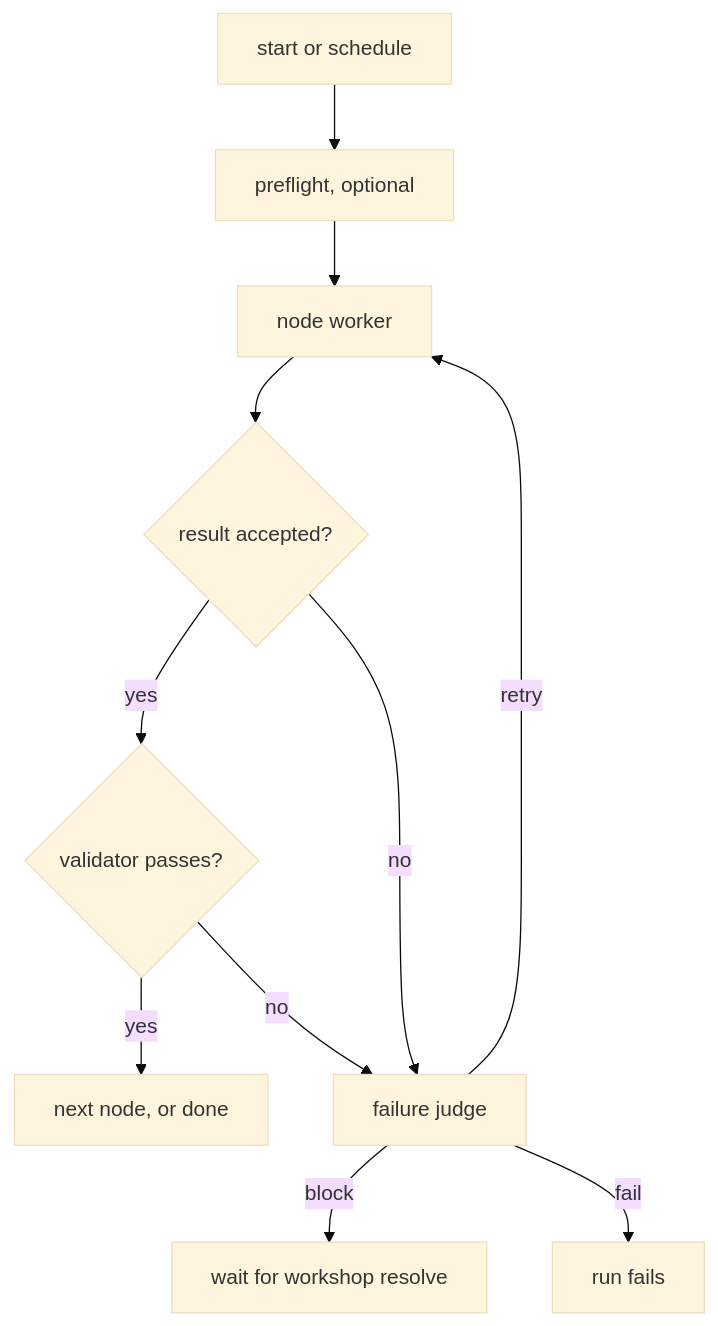
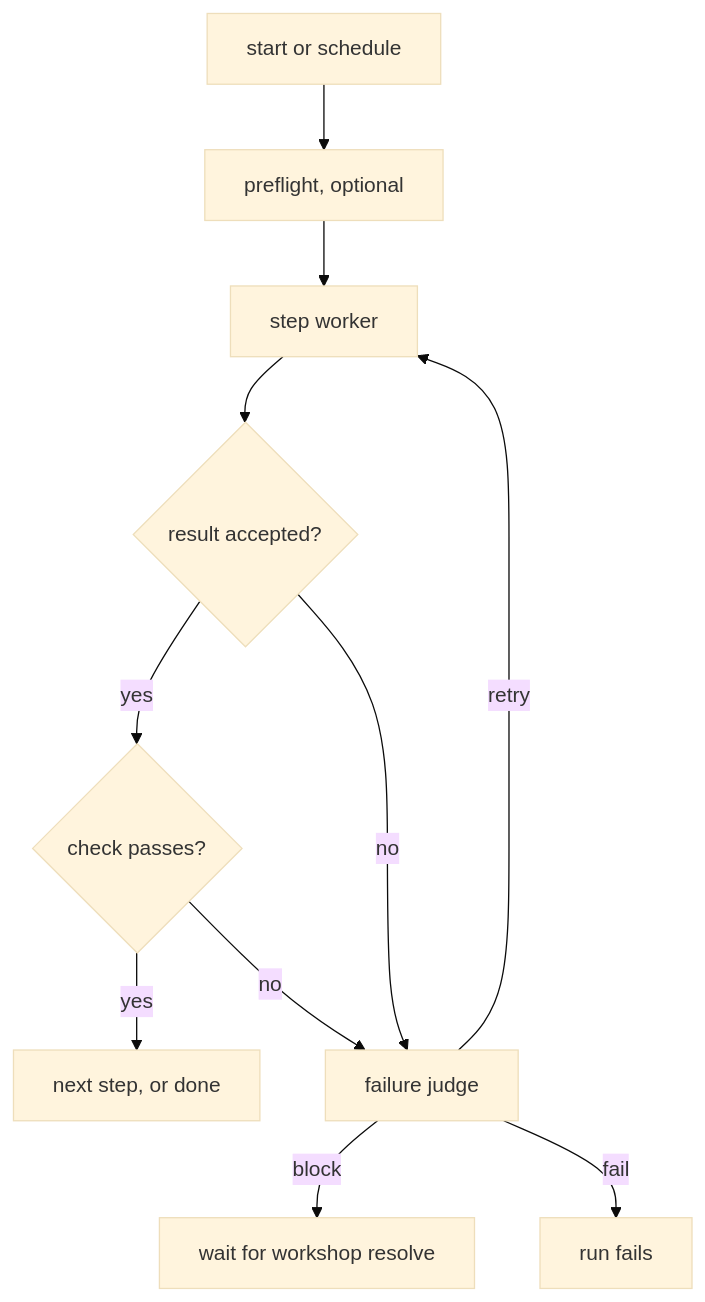
Before and after one commit to kaushikgopal/workshop: the diagram in README.md, drawn with Mermaid (base theme). The commit also changed other lines of this file and 66 other files, not shown here.

````diff
--- a/README.md
+++ b/README.md
@@ -72,13 +71,13 @@
 ```mermaid
 flowchart TD
   S[start or schedule] --> PF[preflight, optional]
-  PF --> W[node worker]
+  PF --> W[step worker]
   W --> R{result accepted?}
-  R -->|yes| V{validator passes?}
-  V -->|yes| N[next node, or done]
+  R -->|yes| V{check passes?}
+  V -->|yes| N[next step, or done]
   R -->|no| J[failure judge]
   V -->|no| J
   J -->|retry| W
   J -->|block| B[wait for workshop resolve]
   J -->|fail| F[run fails]
 ```
````
